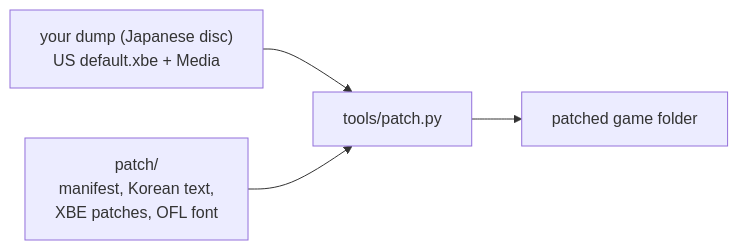
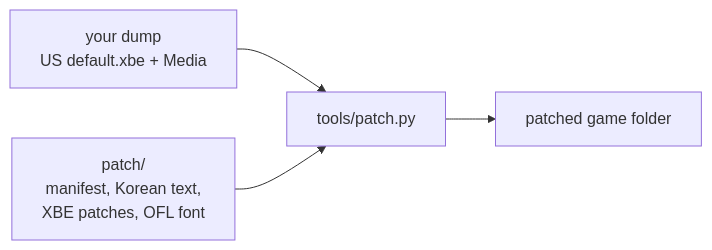
One commit to nworkers/JSRF-kr-patch changed the diagram in README.md. Above: the diagram before and after it, drawn with Mermaid. The commit also changed other lines of this file and 5 other files, not shown here.

````diff
--- a/README.md
+++ b/README.md
@@ -30,6 +30,6 @@
 ```mermaid
 flowchart LR
-    DUMP["your dump (Japanese disc)<br/>US default.xbe + Media"] --> TOOL["tools/patch.py"]
+    DUMP["your dump<br/>US default.xbe + Media"] --> TOOL["tools/patch.py"]
     DATA["patch/<br/>manifest, Korean text,<br/>XBE patches, OFL font"] --> TOOL
     TOOL --> OUT["patched game folder"]
 ```
````
